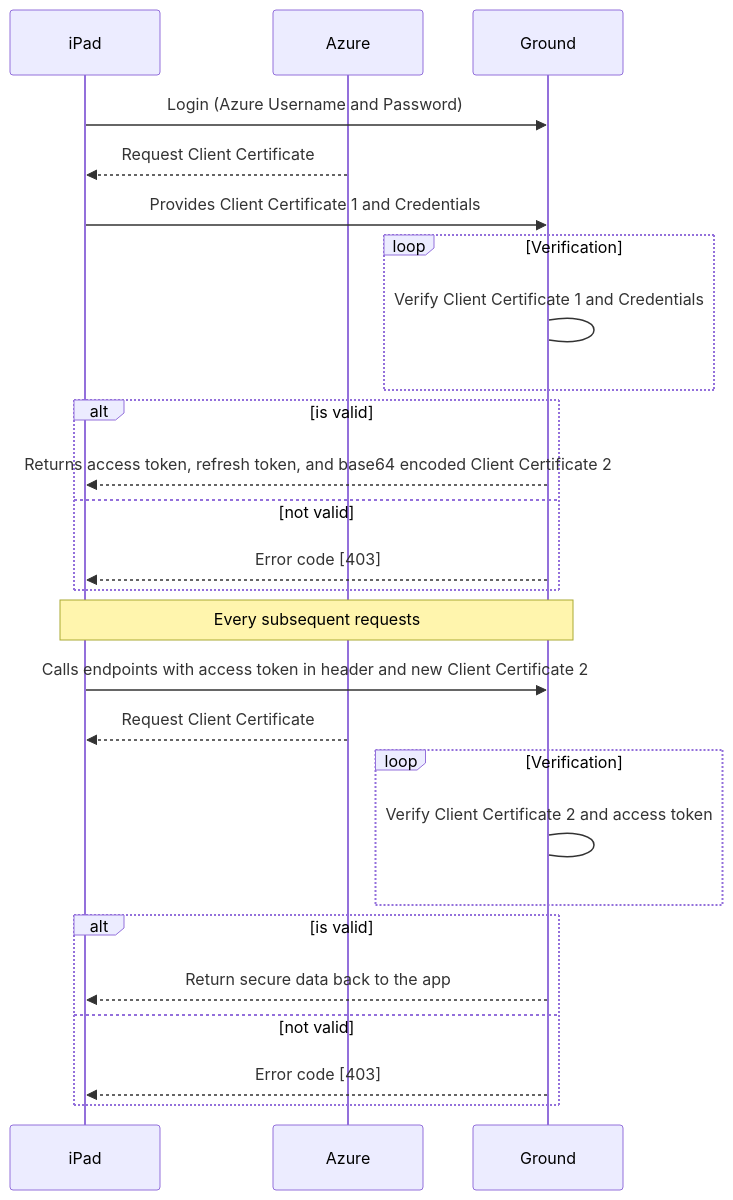
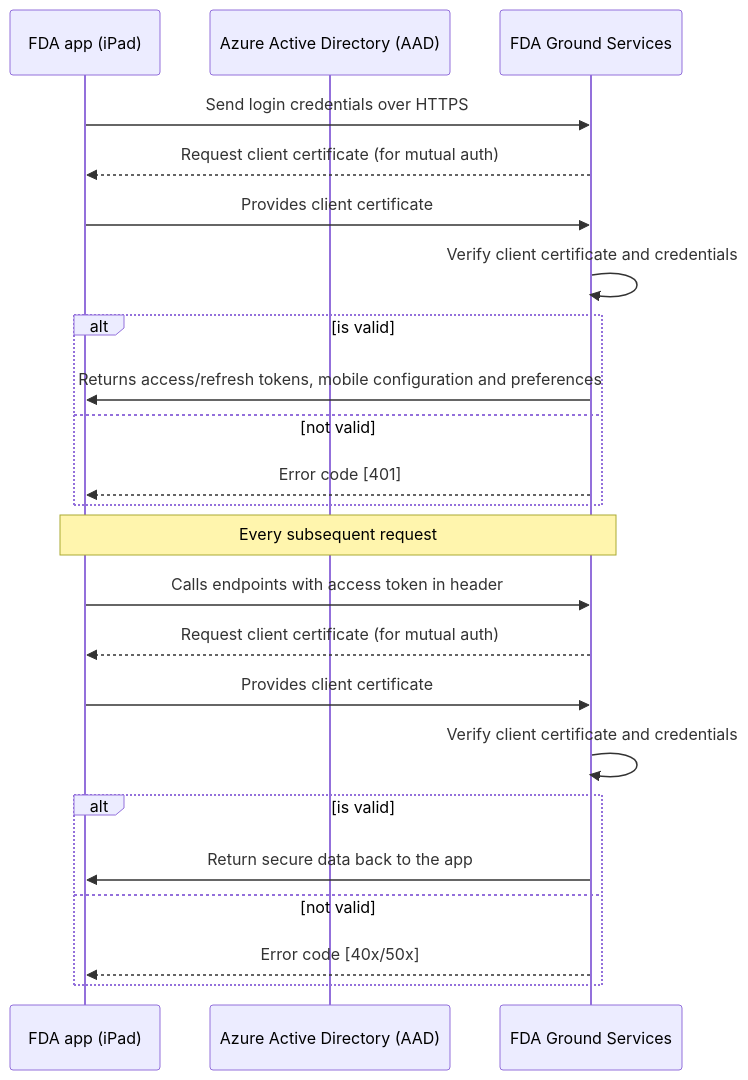
Before and after one commit to eperaza/fda-ground: the second of 2 diagrams in documentation/README.md, drawn with Mermaid. The commit also changed other lines of this file and 10 other files, not shown here.

Commit message:
Updated Ground Services (to FDA) ICD, tweaked SUPA release management code and exception class, and removed a commented line in AzureADClientService. Added Tests.sh script and certs P12 (Test subscription) for calling Ground Services API methods

````diff
--- a/documentation/README.md
+++ b/documentation/README.md
@@ -6,29 +29,25 @@
 ```mermaid
 sequenceDiagram
-    participant i as iPad 
-    participant a as Azure
-    participant g as Ground
-    i->>g: Login (Azure Username and Password)
-    a-->>i: Request Client Certificate
-    i->>g: Provides Client Certificate 1 and Credentials 
-
-    loop Verification
-        g->g: Verify Client Certificate 1 and Credentials
+    participant i as FDA app (iPad)
+    participant a as Azure Active Directory (AAD)
+    participant g as FDA Ground Services
+    i->>g: Send login credentials over HTTPS
+    g-->>i: Request client certificate (for mutual auth)
+    i->>g: Provides client certificate
+    g->>g: Verify client certificate and credentials
+    alt is valid
+        g->>i: Returns access/refresh tokens, mobile configuration and preferences
+    else not valid
+       g-->>i: Error code [401]
     end
+    Note over i,g: Every subsequent request
+    i->>g:Calls endpoints with access token in header
+    g-->>i: Request client certificate (for mutual auth)
+    i->>g: Provides client certificate
+    g->>g: Verify client certificate and credentials
     alt is valid
-        g-->>i: Returns access token, refresh token, and base64 encoded Client Certificate 2
+       g->>i: Return secure data back to the app
     else not valid
-       g-->>i: Error code [403]
-    end
-    Note over i,g: Every subsequent requests
-    i->>g:Calls endpoints with access token in header and new Client Certificate 2
-    a-->>i: Request Client Certificate
-    loop Verification
-        g->g: Verify Client Certificate 2 and access token
-    end
-    alt is valid
-       g-->>i: Return secure data back to the app
-    else not valid
-       g-->>i: Error code [403]
+       g-->>i: Error code [40x/50x]
     end
 ```
````
